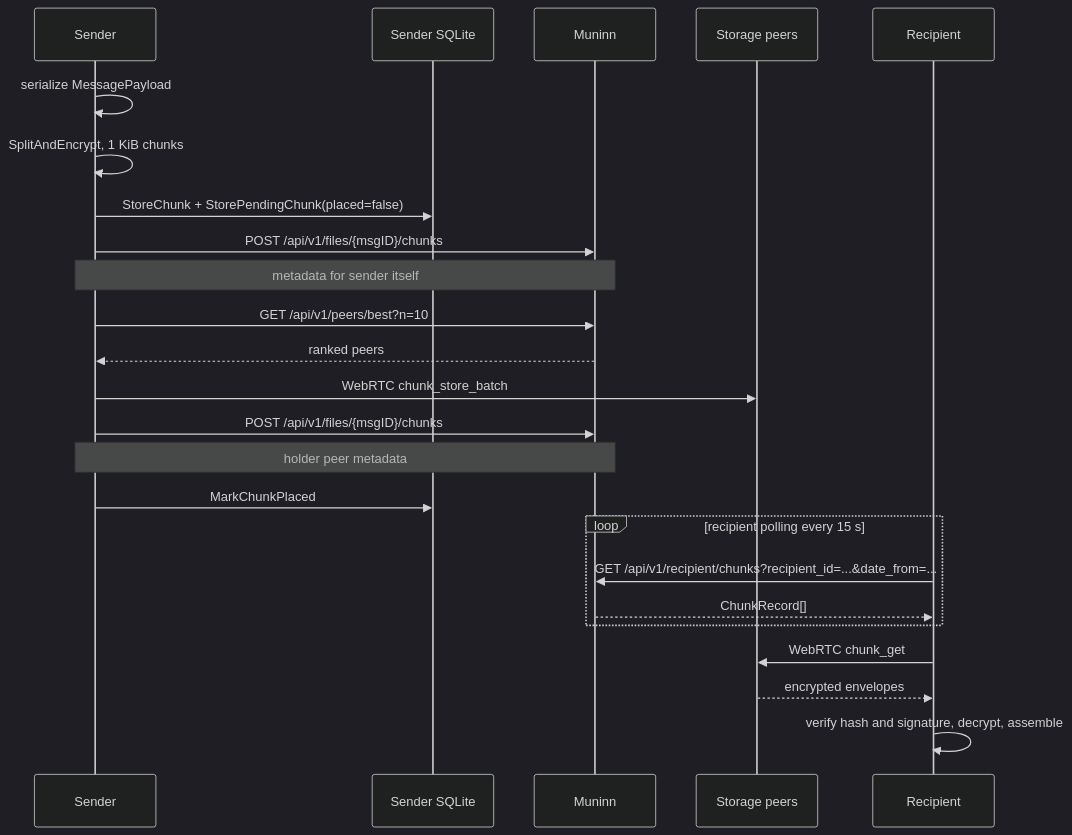
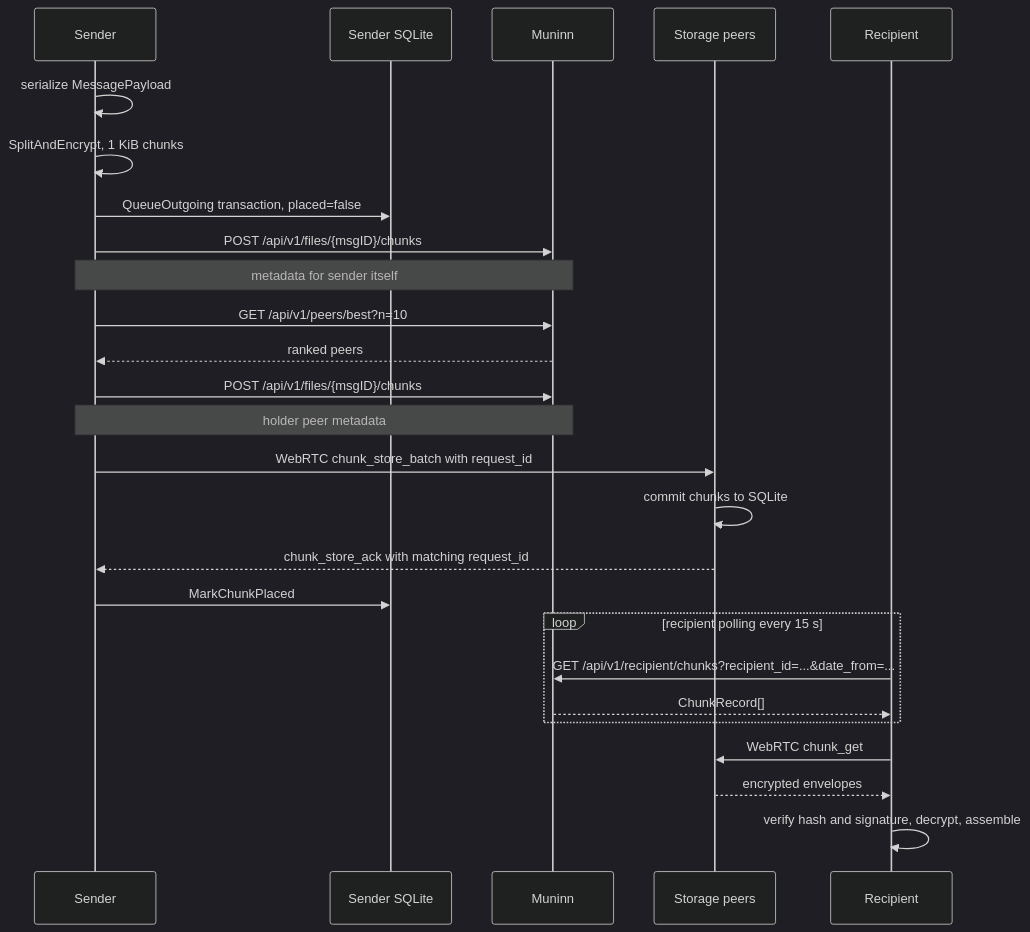
The seventh of 11 diagrams in docs/architecture.md (killbane1232/huginn-messenger), drawn with Mermaid (dark theme) before and after one commit. The commit also changed other lines of this file and 26 other files, not shown here.

Commit message:
fix pending chunks sending

````diff
--- a/docs/architecture.md
+++ b/docs/architecture.md
@@ -217,28 +223,30 @@
 ```mermaid
 sequenceDiagram
     participant A as Sender
     participant ADB as Sender SQLite
     participant M as Muninn
     participant S as Storage peers
     participant B as Recipient
 
     A->>A: serialize MessagePayload
     A->>A: SplitAndEncrypt, 1 KiB chunks
-    A->>ADB: StoreChunk + StorePendingChunk(placed=false)
+    A->>ADB: QueueOutgoing transaction, placed=false
     A->>M: POST /api/v1/files/{msgID}/chunks
     Note over A,M: metadata for sender itself
     A->>M: GET /api/v1/peers/best?n=10
     M-->>A: ranked peers
-    A->>S: WebRTC chunk_store_batch
     A->>M: POST /api/v1/files/{msgID}/chunks
     Note over A,M: holder peer metadata
+    A->>S: WebRTC chunk_store_batch with request_id
+    S->>S: commit chunks to SQLite
+    S-->>A: chunk_store_ack with matching request_id
     A->>ADB: MarkChunkPlaced
 
     loop recipient polling every 15 s
         B->>M: GET /api/v1/recipient/chunks?recipient_id=...&date_from=...
         M-->>B: ChunkRecord[]
     end
     B->>S: WebRTC chunk_get
     S-->>B: encrypted envelopes
     B->>B: verify hash and signature, decrypt, assemble
 ```
````
